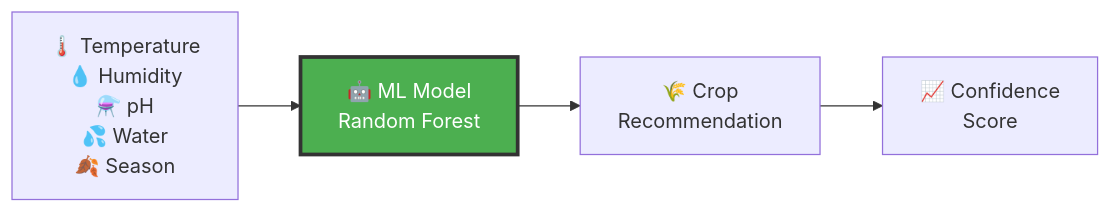
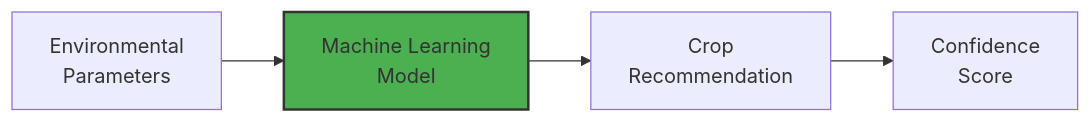
Before and after one commit to shivamnsingh/SmartCrop: the first of 2 diagrams in README.md, drawn with Mermaid. The commit also changed other lines of this file, not shown here.

````diff
--- a/README.md
+++ b/README.md
@@ -49,7 +63,7 @@
 ```mermaid
 graph LR
-    A[🌡️ Temperature<br/>💧 Humidity<br/>⚗️ pH<br/>💦 Water<br/>🍂 Season] --> B[🤖 ML Model<br/>Random Forest]
-    B --> C[🌾 Crop<br/>Recommendation]
-    C --> D[📈 Confidence<br/>Score]
-    style B fill:#4CAF50,stroke:#333,stroke-width:3px,color:#fff
+    A[Environmental<br/>Parameters] --> B[Machine Learning<br/>Model]
+    B --> C[Crop<br/>Recommendation]
+    C --> D[Confidence<br/>Score]
+    style B fill:#4CAF50,stroke:#333,stroke-width:2px
 ```
````
